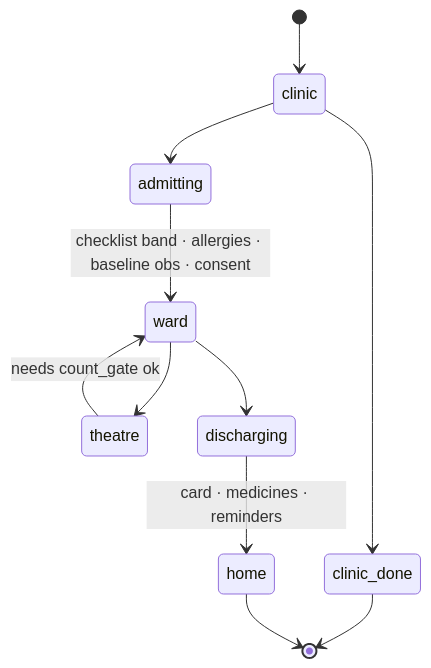
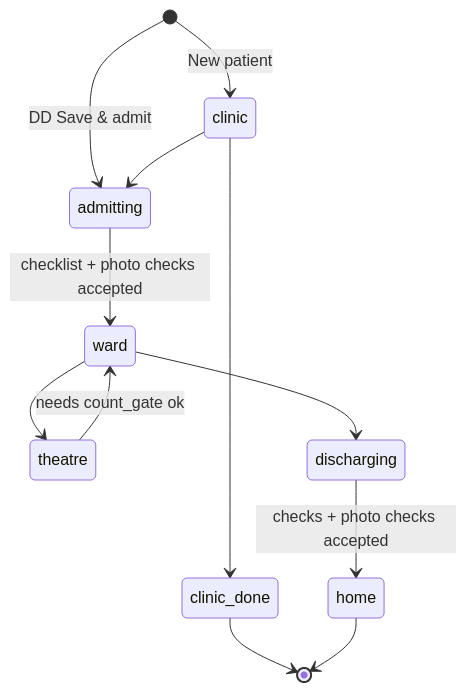
The sixth of 12 diagrams in docs/product-overview/ARCHITECTURE_OVERVIEW.md (lvnpred/hackathon26-proof), drawn with Mermaid before and after one commit. The commit also changed other lines of this file and 10 other files, not shown here.

````diff
--- a/docs/product-overview/ARCHITECTURE_OVERVIEW.md
+++ b/docs/product-overview/ARCHITECTURE_OVERVIEW.md
@@ -104,13 +133,14 @@
 ```mermaid
 stateDiagram-v2
-  [*] --> clinic
+  [*] --> clinic: New patient
+  [*] --> admitting: DD Save & admit
   clinic --> clinic_done
   clinic --> admitting
-  admitting --> ward: checklist band · allergies · baseline obs · consent
+  admitting --> ward: checklist + photo checks accepted
   ward --> theatre
   theatre --> ward: needs count_gate ok
   ward --> discharging
-  discharging --> home: card · medicines · reminders
+  discharging --> home: checks + photo checks accepted
   clinic_done --> [*]
   home --> [*]
 ```
````
